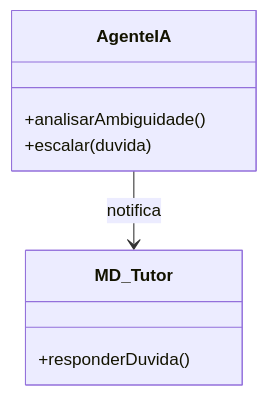
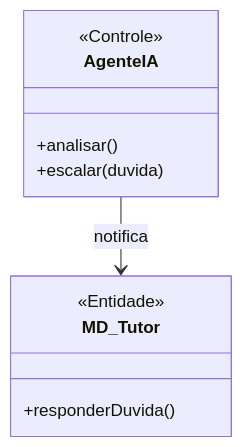
One commit to MayconDIS/PIM_III-Documentacao_UML changed the first of 2 diagrams in PIM_III/02_Modelagem_UML_Astah/UC07_Escalar_Duvida_Tutor/README.md. Above: the diagram before and after it, drawn with Mermaid. The commit also changed other lines of this file and 17 other files, not shown here.

````diff
--- a/PIM_III/02_Modelagem_UML_Astah/UC07_Escalar_Duvida_Tutor/README.md
+++ b/PIM_III/02_Modelagem_UML_Astah/UC07_Escalar_Duvida_Tutor/README.md
@@ -31,11 +29,13 @@
 ```mermaid
 classDiagram
     class AgenteIA {
-        +analisarAmbiguidade()
+        <<Controle>>
+        +analisar()
         +escalar(duvida)
     }
     class MD_Tutor {
+        <<Entidade>>
         +responderDuvida()
     }
     AgenteIA --> MD_Tutor : notifica
 ```
````
